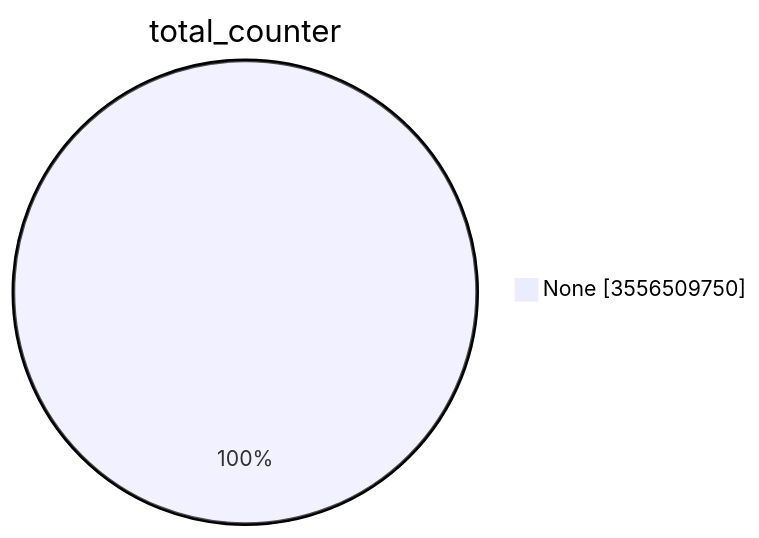
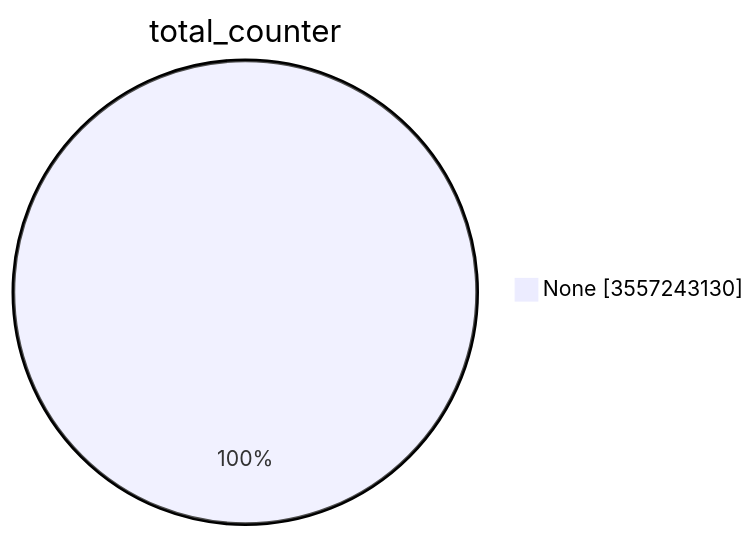
The first of 15 diagrams in TOTAL/README.md (christiankrug/ctmonitor_visualization), drawn with Mermaid before and after one commit. The commit also changed other lines of this file, not shown here.

````diff
--- a/TOTAL/README.md
+++ b/TOTAL/README.md
@@ -1,5 +1,5 @@
 ```mermaid
 pie showData
 title total_counter
-"None" :3556509750
+"None" :3557243130
 ```
````
